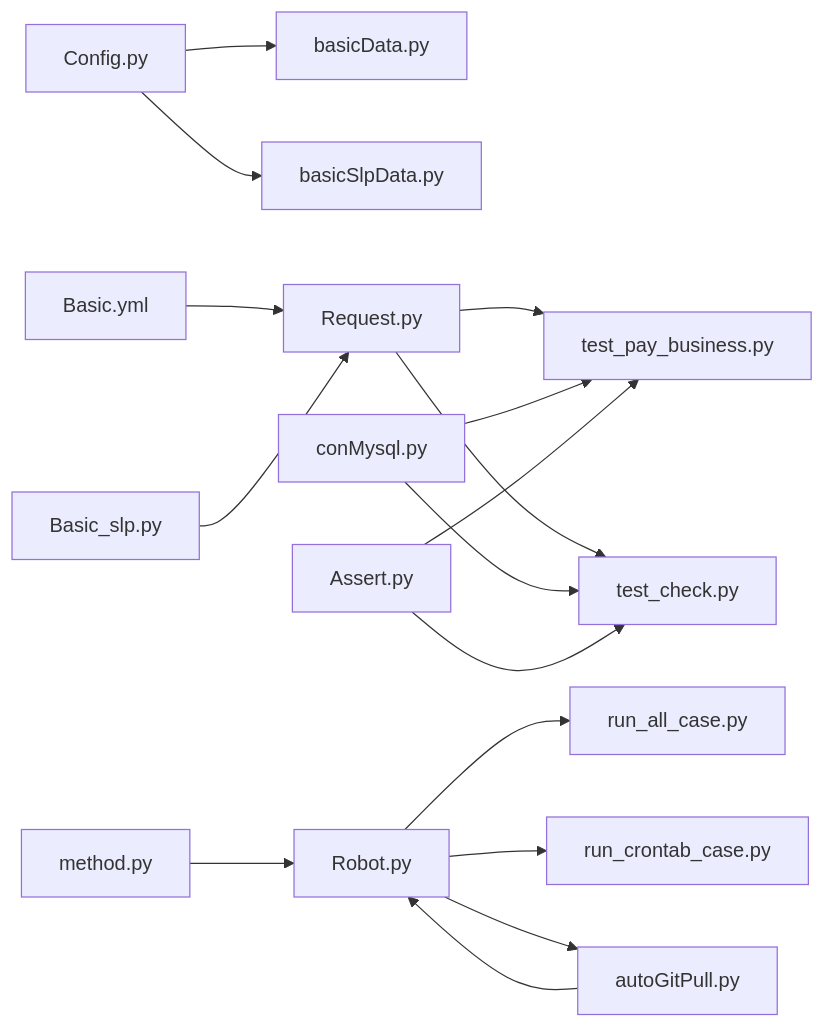
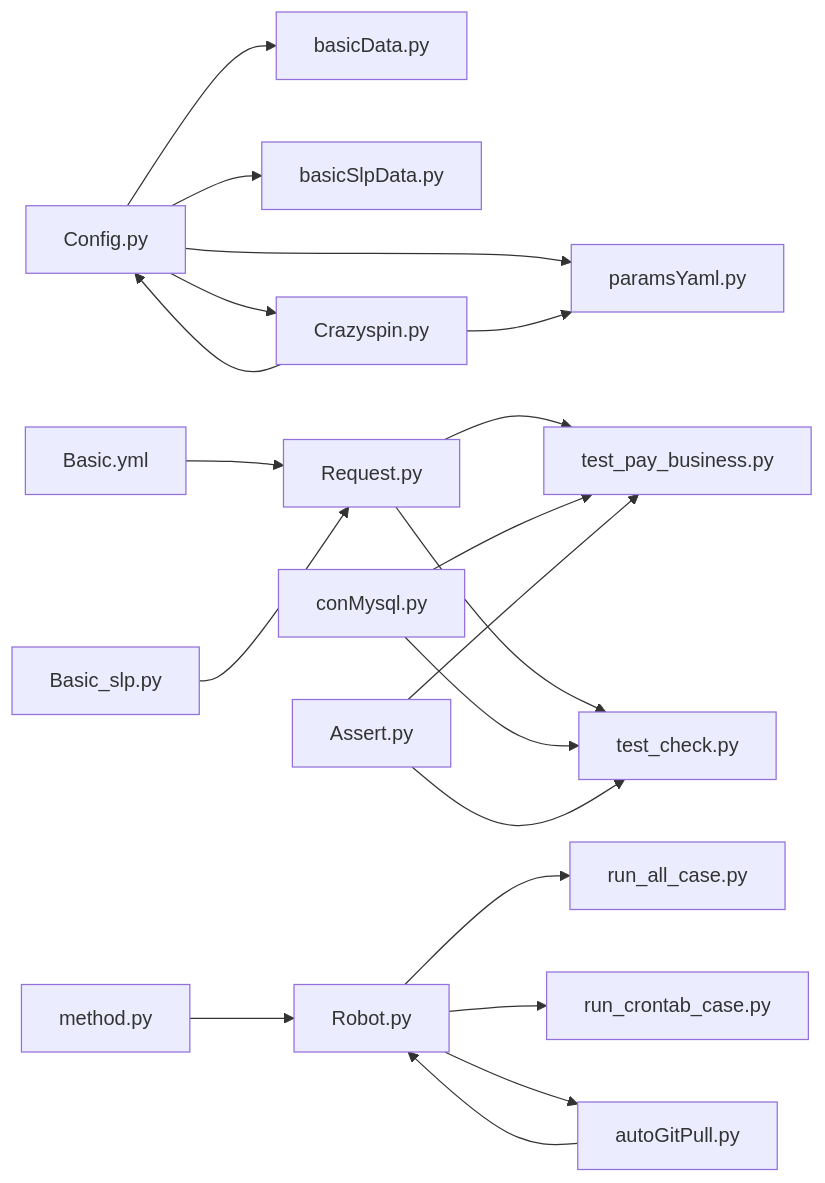
One commit to liximing1-ola/qa-payTest changed the sixth of 6 diagrams in .qoder/repowiki/zh/content/核心模块/工具方法模块.md. Above: the diagram before and after it, drawn with Mermaid. The commit also changed other lines of this file and 6 other files, not shown here.

````diff
--- a/.qoder/repowiki/zh/content/核心模块/工具方法模块.md
+++ b/.qoder/repowiki/zh/content/核心模块/工具方法模块.md
@@ -513,18 +598,22 @@
 ```mermaid
 graph LR
 CFG["Config.py"] --> BD["basicData.py"]
 CFG --> BSD["basicSlpData.py"]
+CFG --> CS["Crazyspin.py"]
+CFG --> PY["paramsYaml.py"]
 BYML["Basic.yml"] --> REQ["Request.py"]
 BSLP["Basic_slp.py"] --> REQ
 REQ --> TPB["test_pay_business.py"]
 REQ --> TSC["test_check.py"]
 CM["conMysql.py"] --> TPB
 CM --> TSC
 AS["Assert.py"] --> TPB
 AS --> TSC
 R["Robot.py"] --> RUNALL["run_all_case.py"]
 R --> RUNCRON["run_crontab_case.py"]
 R --> AGP["autoGitPull.py"]
 METH["method.py"] --> R
 AGP --> R
+CS --> CFG
+CS --> PY
 ```
````
